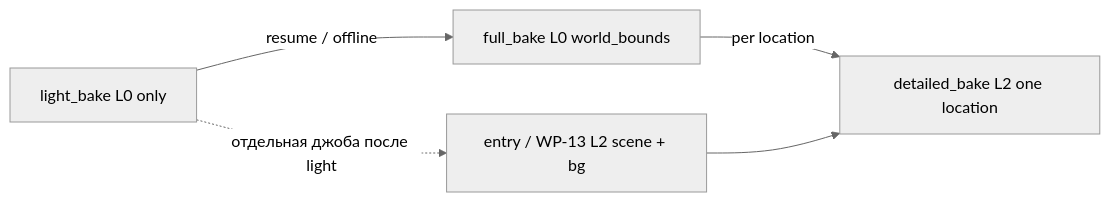
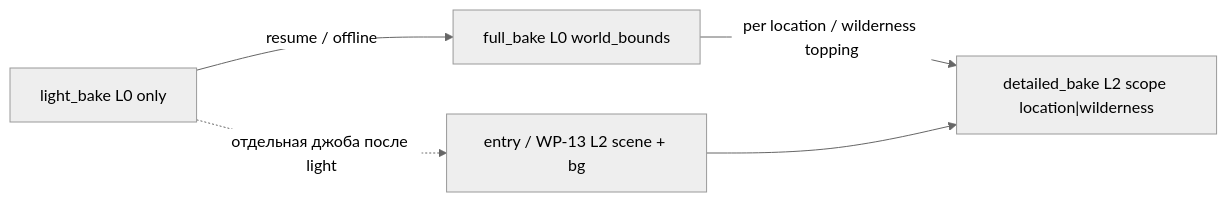
The third of 15 diagrams in docs/tz_world_pack_storage.md (AndrewBondaren/AI-Project), drawn with Mermaid (neutral theme) before and after one commit. The commit also changed other lines of this file and 12 other files, not shown here.

````diff
--- a/docs/tz_world_pack_storage.md
+++ b/docs/tz_world_pack_storage.md
@@ -304,11 +304,11 @@
 ```mermaid
 flowchart LR
   LB["light_bake L0 only"]
   FB["full_bake L0 world_bounds"]
-  DB["detailed_bake L2 one location"]
+  DB["detailed_bake L2 scope location|wilderness"]
   EJ["entry / WP-13 L2 scene + bg"]
   LB -->|"resume / offline"| FB
   LB -.->|"отдельная джоба после light"| EJ
-  FB -->|"per location"| DB
+  FB -->|"per location / wilderness topping"| DB
   EJ --> DB
 ```
````
